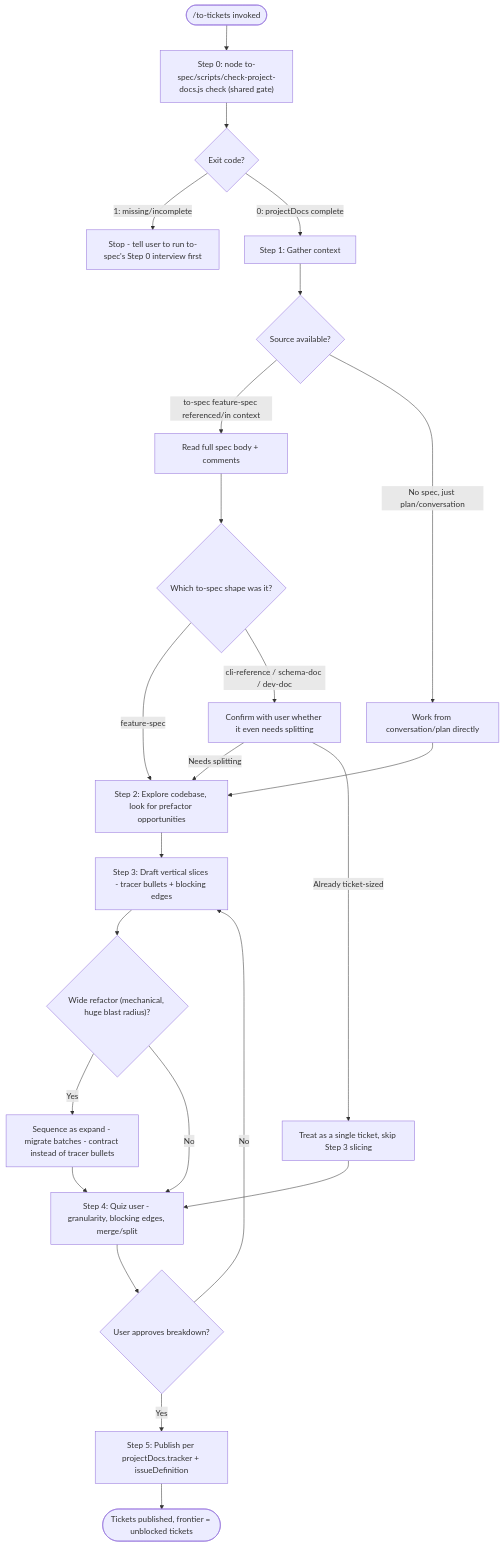
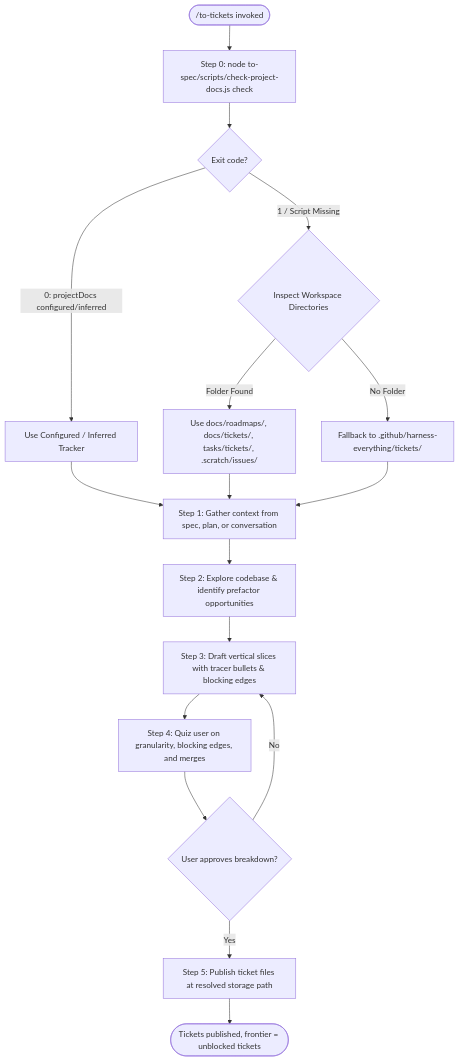
Before and after one commit to dyphn1/Harness-everything: the first of 3 diagrams in docs/workflows/to-tickets.md, drawn with Mermaid. The commit also changed 54 other files, not shown here.

````diff
--- a/docs/workflows/to-tickets.md
+++ b/docs/workflows/to-tickets.md
@@ -11,26 +11,23 @@
 ```mermaid
 graph TD
-  Start(["/to-tickets invoked"]) --> CheckScript["Step 0: node to-spec/scripts/check-project-docs.js check (shared gate)"]
+  Start(["/to-tickets invoked"]) --> CheckScript["Step 0: node to-spec/scripts/check-project-docs.js check"]
   CheckScript --> ExitCode{"Exit code?"}
-  ExitCode -->|1: missing/incomplete| StopPoint["Stop - tell user to run to-spec's Step 0 interview first"]
-  ExitCode -->|0: projectDocs complete| Gather["Step 1: Gather context"]
-  Gather --> SourceChoice{"Source available?"}
-  SourceChoice -->|to-spec feature-spec referenced/in context| ReadSpec["Read full spec body + comments"]
-  SourceChoice -->|No spec, just plan/conversation| UseConvo["Work from conversation/plan directly"]
-  ReadSpec --> ShapeCheck{"Which to-spec shape was it?"}
-  ShapeCheck -->|feature-spec| Explore
-  ShapeCheck -->|cli-reference / schema-doc / dev-doc| ConfirmSplit["Confirm with user whether it even needs splitting"]
-  ConfirmSplit -->|Needs splitting| Explore
-  ConfirmSplit -->|Already ticket-sized| SingleTicket["Treat as a single ticket, skip Step 3 slicing"]
-  UseConvo --> Explore["Step 2: Explore codebase, look for prefactor opportunities"]
-  Explore --> Draft["Step 3: Draft vertical slices - tracer bullets + blocking edges"]
-  Draft --> WideRefactor{"Wide refactor (mechanical, huge blast radius)?"}
-  WideRefactor -->|Yes| ExpandContract["Sequence as expand - migrate batches - contract instead of tracer bullets"]
-  WideRefactor -->|No| Quiz
-  ExpandContract --> Quiz["Step 4: Quiz user - granularity, blocking edges, merge/split"]
-  SingleTicket --> Quiz
+  ExitCode -->|0: projectDocs configured/inferred| PathConfig["Use Configured / Inferred Tracker"]
+  ExitCode -->|1 / Script Missing| InspectRepo{"Inspect Workspace Directories"}
+  
+  InspectRepo -->|Folder Found| PathRepo["Use docs/roadmaps/, docs/tickets/, tasks/tickets/, .scratch/issues/"]
+  InspectRepo -->|No Folder| PathPlatform["Fallback to .github/harness-everything/tickets/"]
+  
+  PathConfig --> Gather["Step 1: Gather context from spec, plan, or conversation"]
+  PathRepo --> Gather
+  PathPlatform --> Gather
+  
+  Gather --> Explore["Step 2: Explore codebase & identify prefactor opportunities"]
+  Explore --> Draft["Step 3: Draft vertical slices with tracer bullets & blocking edges"]
+  Draft --> Quiz["Step 4: Quiz user on granularity, blocking edges, and merges"]
+  
   Quiz --> Approved{"User approves breakdown?"}
   Approved -->|No| Draft
-  Approved -->|Yes| Publish["Step 5: Publish per projectDocs.tracker + issueDefinition"]
+  Approved -->|Yes| Publish["Step 5: Publish ticket files at resolved storage path"]
   Publish --> End(["Tickets published, frontier = unblocked tickets"])
 ```
````
